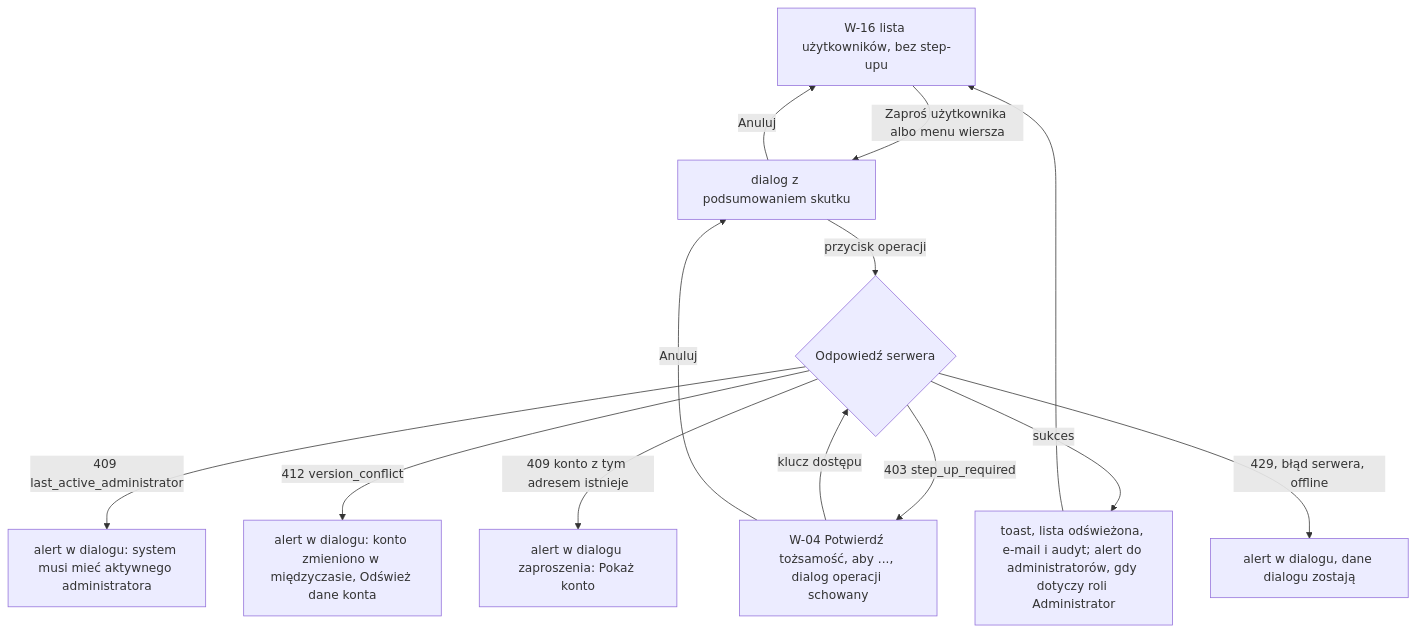
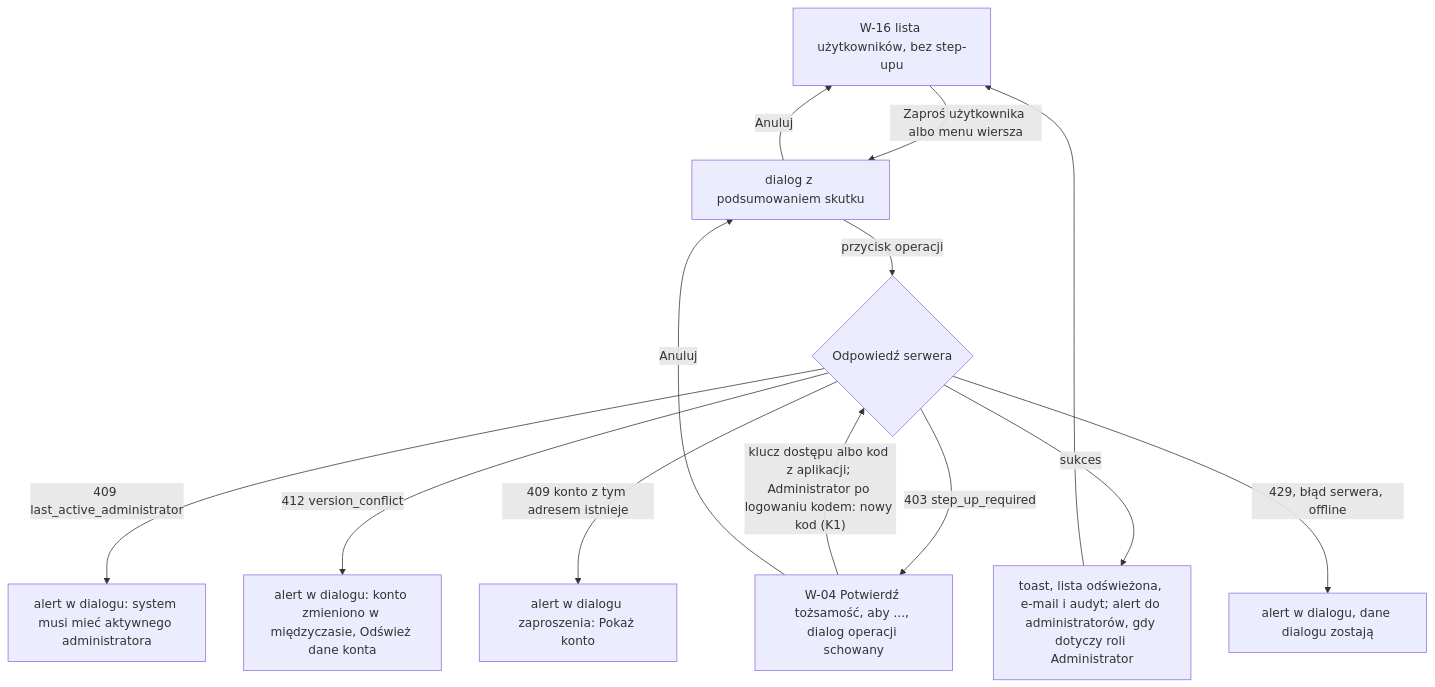
The second of 3 diagrams in docs/ux/flows/12-konto-i-administracja.md (konradkluz/evia-manager), drawn with Mermaid before and after one commit. The commit also changed other lines of this file and 122 other files, not shown here.

````diff
--- a/docs/ux/flows/12-konto-i-administracja.md
+++ b/docs/ux/flows/12-konto-i-administracja.md
@@ -39,15 +39,15 @@
 ```mermaid
 flowchart TD
   L["W-16 lista użytkowników, bez step-upu"] -->|"Zaproś użytkownika albo menu wiersza"| DLG["dialog z podsumowaniem skutku"]
   DLG -->|"Anuluj"| L
   DLG -->|"przycisk operacji"| REQ{"Odpowiedź serwera"}
   REQ -->|"403 step_up_required"| W04["W-04 Potwierdź tożsamość, aby ..., dialog operacji schowany"]
-  W04 -->|"klucz dostępu"| REQ
+  W04 -->|"klucz dostępu albo kod z aplikacji; Administrator po logowaniu kodem: nowy kod (K1)"| REQ
   W04 -->|"Anuluj"| DLG
   REQ -->|"sukces"| OK["toast, lista odświeżona, e-mail i audyt; alert do administratorów, gdy dotyczy roli Administrator"]
   REQ -->|"409 last_active_administrator"| E1["alert w dialogu: system musi mieć aktywnego administratora"]
   REQ -->|"412 version_conflict"| E2["alert w dialogu: konto zmieniono w międzyczasie, Odśwież dane konta"]
   REQ -->|"409 konto z tym adresem istnieje"| E3["alert w dialogu zaproszenia: Pokaż konto"]
   REQ -->|"429, błąd serwera, offline"| E4["alert w dialogu, dane dialogu zostają"]
   OK --> L
 ```
````
